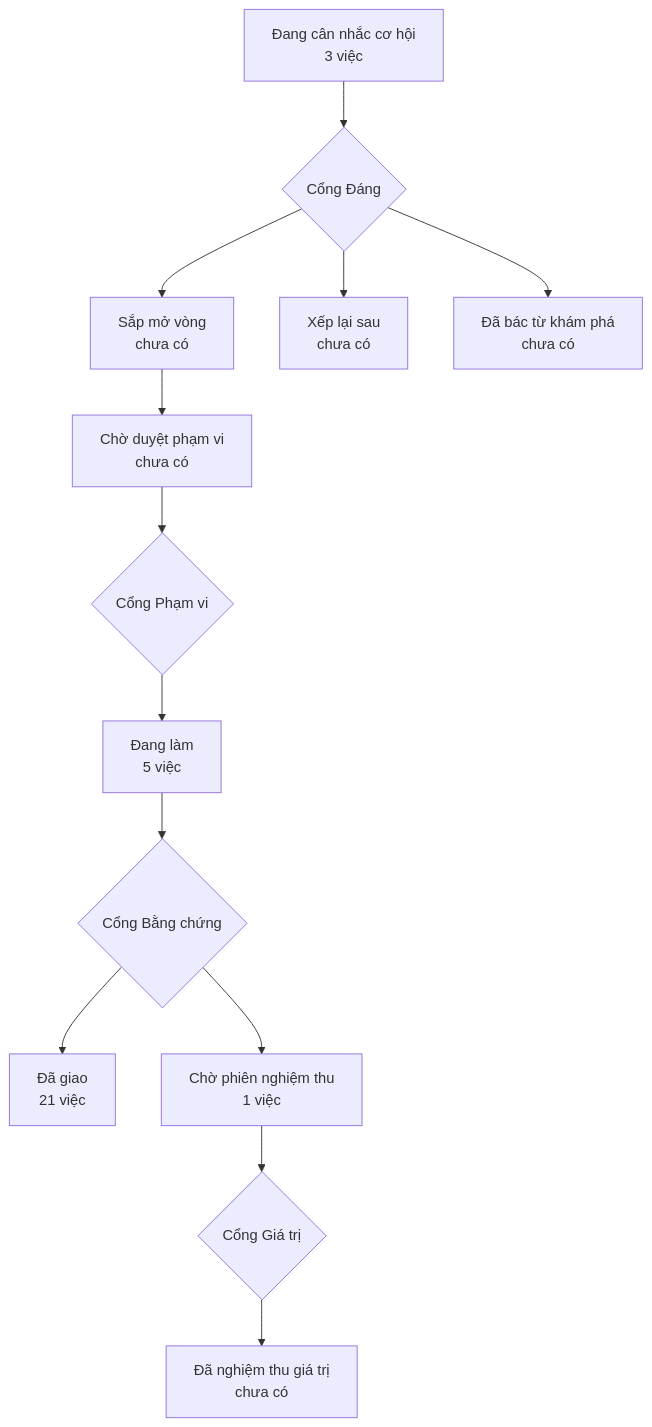
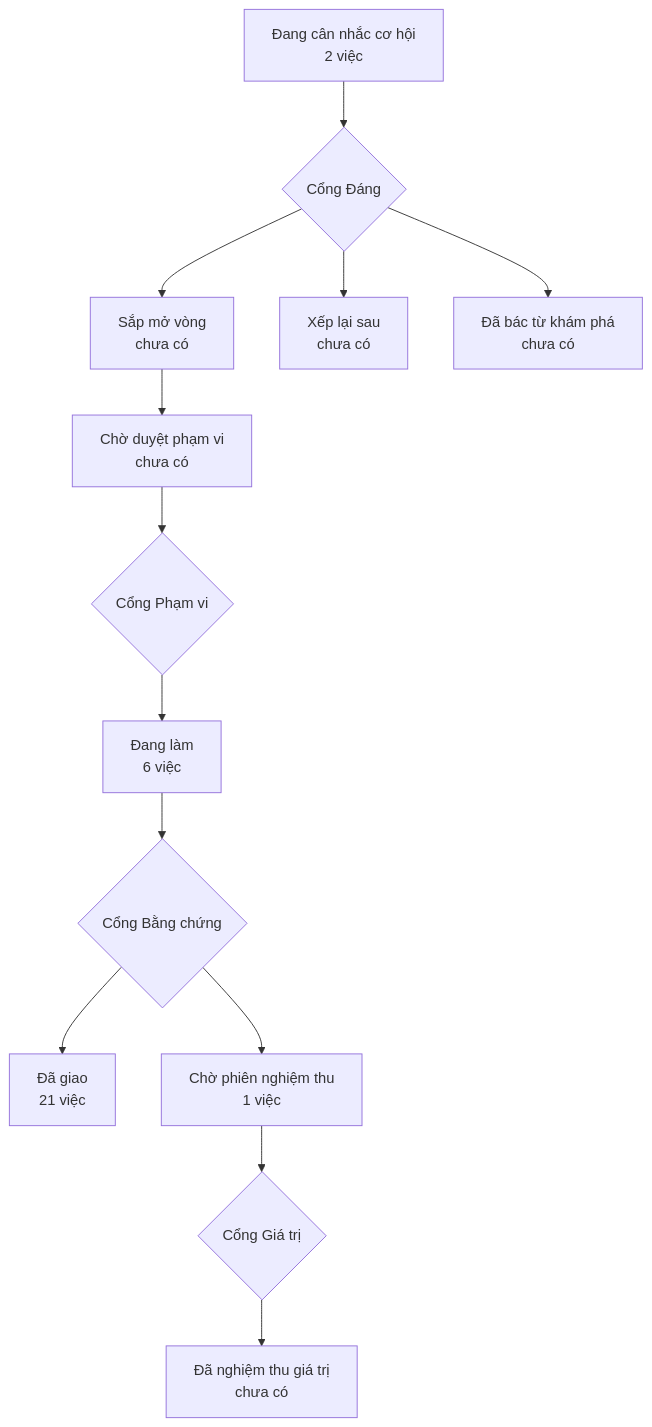
Before and after one commit to phanlemanh/crm-onehub: the diagram in PRODUCT-MAP.md, drawn with Mermaid. The commit also changed other lines of this file and 2 other files, not shown here.

Commit message:
Gate 1 approved: nang-tran-trang-danh-ba — Mạnh

````diff
--- a/PRODUCT-MAP.md
+++ b/PRODUCT-MAP.md
@@ -6,12 +6,12 @@
 ```mermaid
 flowchart TD
-  A["Đang cân nhắc cơ hội<br/>3 việc"] --> GD{"Cổng Đáng"}
+  A["Đang cân nhắc cơ hội<br/>2 việc"] --> GD{"Cổng Đáng"}
   GD --> B["Sắp mở vòng<br/>chưa có"]
   GD --> XL["Xếp lại sau<br/>chưa có"]
   GD --> DB["Đã bác từ khám phá<br/>chưa có"]
   B --> CD["Chờ duyệt phạm vi<br/>chưa có"] --> GP{"Cổng Phạm vi"}
-  GP --> DL["Đang làm<br/>5 việc"] --> GB{"Cổng Bằng chứng"}
+  GP --> DL["Đang làm<br/>6 việc"] --> GB{"Cổng Bằng chứng"}
   GB --> DG["Đã giao<br/>21 việc"]
   GB --> CN["Chờ phiên nghiệm thu<br/>1 việc"] --> GG{"Cổng Giá trị"}
   GG --> NT["Đã nghiệm thu giá trị<br/>chưa có"]
 ```
````
